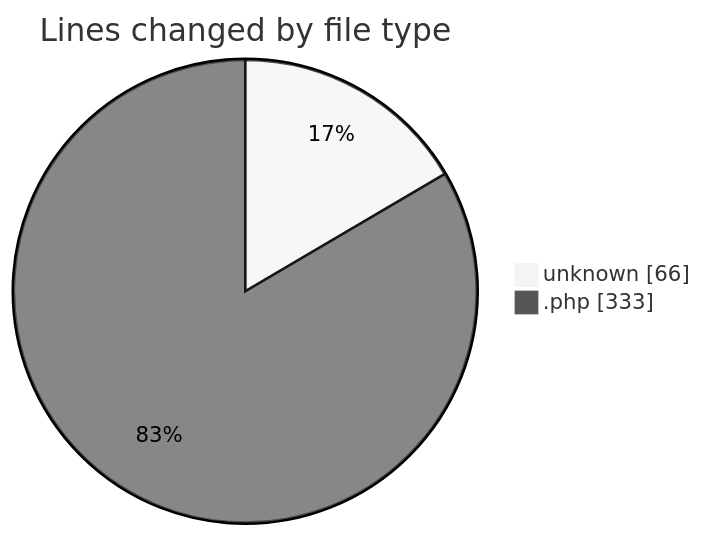
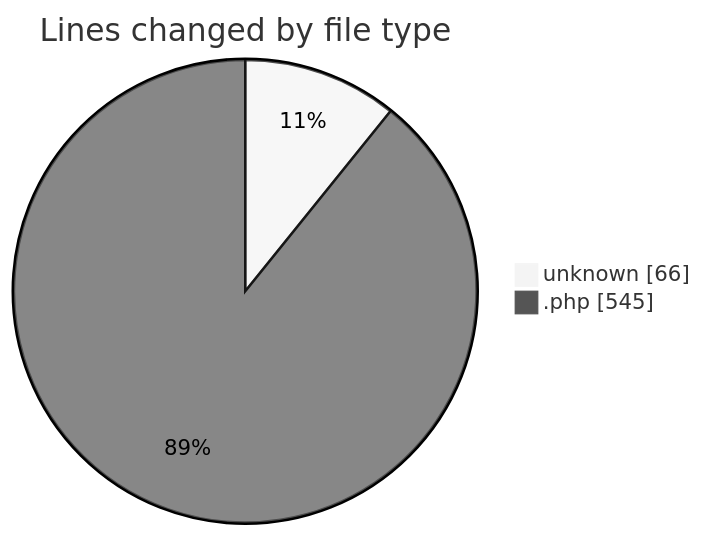
One commit to idhammustaqopulfikri/code-tracking changed the first of 2 diagrams in 2025-05-27/studio-backend/README.md. Above: the diagram before and after it, drawn with Mermaid (neutral theme). The commit also changed other lines of this file and 1 other file, not shown here.

````diff
--- a/2025-05-27/studio-backend/README.md
+++ b/2025-05-27/studio-backend/README.md
@@ -25,6 +31,6 @@
 ```mermaid
 pie showData
 title Lines changed by file type
 "unknown" : 66
-".php" : 333
+".php" : 545
 ```
````
